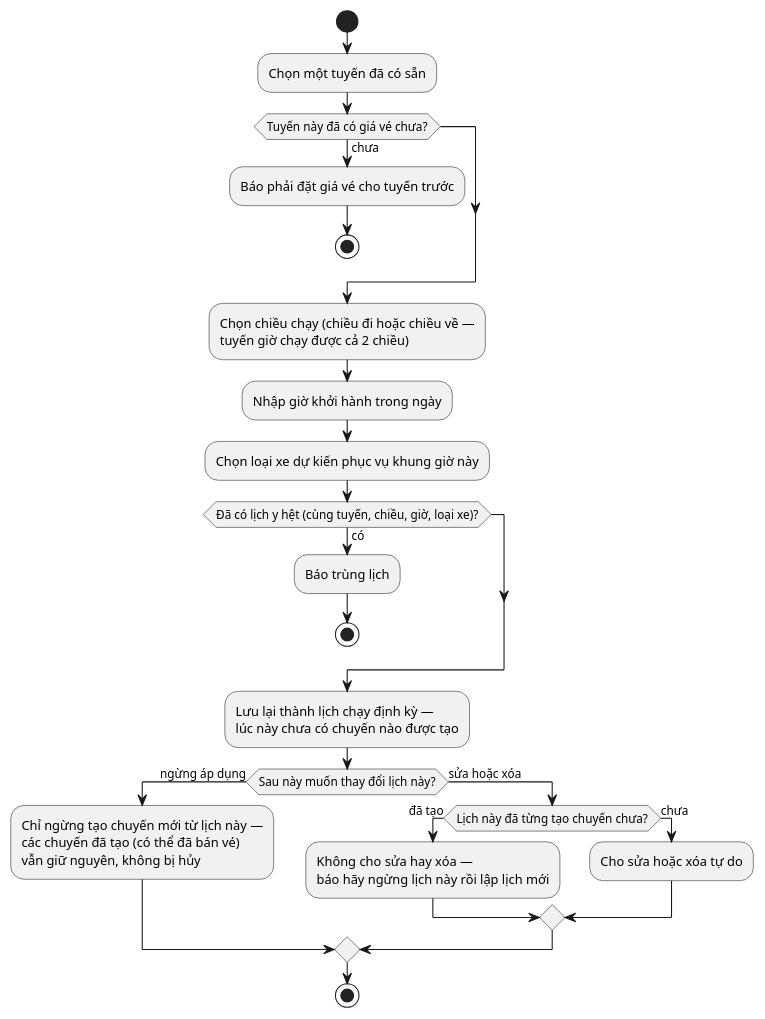
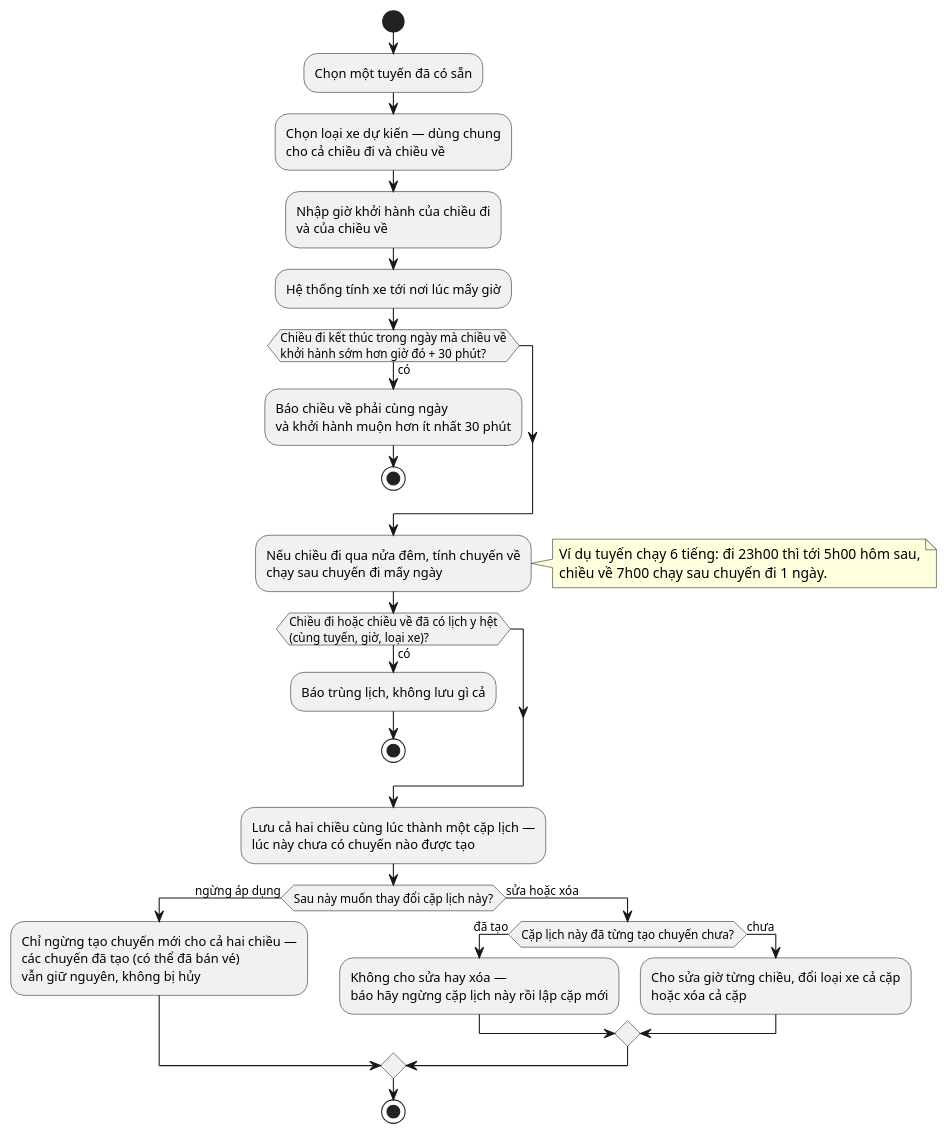
Before and after one commit to nguyenvietanhit19/Project1_HeThongQuanLyNhaXeKhachLienTinh: diagram 21 of 52 in UML_DIAGRAMS.md, drawn with PlantUML. The commit also changed other lines of this file and 28 other files, not shown here.

````diff
--- a/UML_DIAGRAMS.md
+++ b/UML_DIAGRAMS.md
@@ -646,28 +646,33 @@
 ```plantuml
 @startuml AD_UC18_LichDinhKy
 start
 :Chọn một tuyến đã có sẵn;
-if (Tuyến này đã có giá vé chưa?) then (chưa)
-  :Báo phải đặt giá vé cho tuyến trước;
+:Chọn loại xe dự kiến — dùng chung\ncho cả chiều đi và chiều về;
+:Nhập giờ khởi hành của chiều đi\nvà của chiều về;
+:Hệ thống tính xe tới nơi lúc mấy giờ;
+if (Chiều đi kết thúc trong ngày mà chiều về\nkhởi hành sớm hơn giờ đó + 30 phút?) then (có)
+  :Báo chiều về phải cùng ngày\nvà khởi hành muộn hơn ít nhất 30 phút;
   stop
 endif
-:Chọn chiều chạy (chiều đi hoặc chiều về —\ntuyến giờ chạy được cả 2 chiều);
-:Nhập giờ khởi hành trong ngày;
-:Chọn loại xe dự kiến phục vụ khung giờ này;
-if (Đã có lịch y hệt (cùng tuyến, chiều, giờ, loại xe)?) then (có)
-  :Báo trùng lịch;
+:Nếu chiều đi qua nửa đêm, tính chuyến về\nchạy sau chuyến đi mấy ngày;
+note right
+  Ví dụ tuyến chạy 6 tiếng: đi 23h00 thì tới 5h00 hôm sau,
+  chiều về 7h00 chạy sau chuyến đi 1 ngày.
+end note
+if (Chiều đi hoặc chiều về đã có lịch y hệt\n(cùng tuyến, giờ, loại xe)?) then (có)
+  :Báo trùng lịch, không lưu gì cả;
   stop
 endif
-:Lưu lại thành lịch chạy định kỳ —\nlúc này chưa có chuyến nào được tạo;
-if (Sau này muốn thay đổi lịch này?) then (ngừng áp dụng)
-  :Chỉ ngừng tạo chuyến mới từ lịch này —\ncác chuyến đã tạo (có thể đã bán vé)\nvẫn giữ nguyên, không bị hủy;
+:Lưu cả hai chiều cùng lúc thành một cặp lịch —\nlúc này chưa có chuyến nào được tạo;
+if (Sau này muốn thay đổi cặp lịch này?) then (ngừng áp dụng)
+  :Chỉ ngừng tạo chuyến mới cho cả hai chiều —\ncác chuyến đã tạo (có thể đã bán vé)\nvẫn giữ nguyên, không bị hủy;
 else (sửa hoặc xóa)
-  if (Lịch này đã từng tạo chuyến chưa?) then (đã tạo)
-    :Không cho sửa hay xóa —\nbáo hãy ngừng lịch này rồi lập lịch mới;
+  if (Cặp lịch này đã từng tạo chuyến chưa?) then (đã tạo)
+    :Không cho sửa hay xóa —\nbáo hãy ngừng cặp lịch này rồi lập cặp mới;
   else (chưa)
-    :Cho sửa hoặc xóa tự do;
+    :Cho sửa giờ từng chiều, đổi loại xe cả cặp\nhoặc xóa cả cặp;
   endif
 endif
 stop
 @enduml
 ```
````
